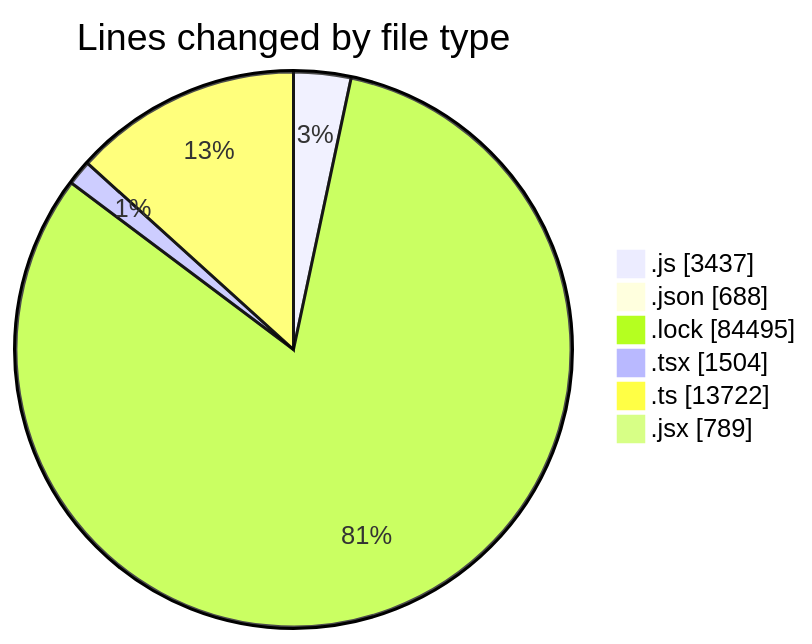
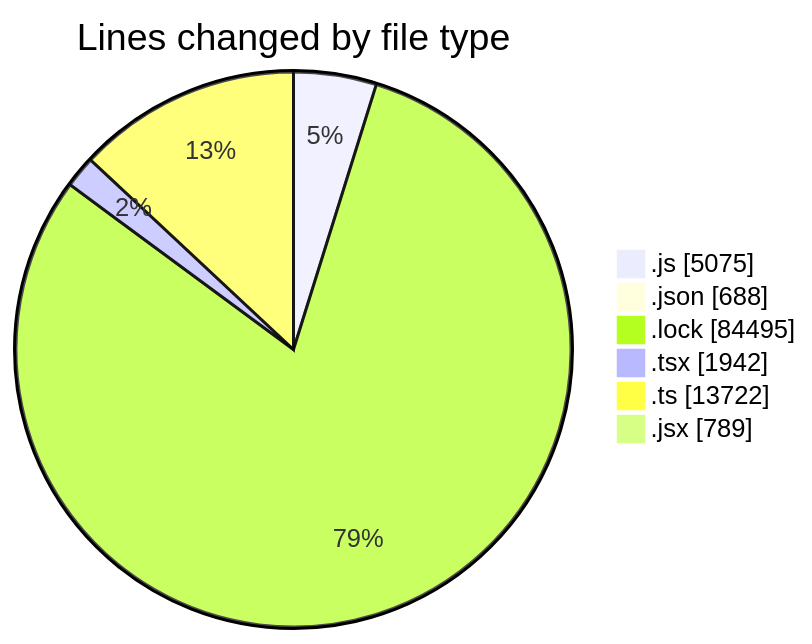
Before and after one commit to momahboobian/code-tracking: the first of 2 diagrams in 2025-12-18/cda/README.md, drawn with Mermaid. The commit also changed other lines of this file and 1 other file, not shown here.

````diff
--- a/2025-12-18/cda/README.md
+++ b/2025-12-18/cda/README.md
@@ -80,10 +86,10 @@
 ```mermaid
 pie showData
 title Lines changed by file type
-".js" : 3437
+".js" : 5075
 ".json" : 688
 ".lock" : 84495
-".tsx" : 1504
+".tsx" : 1942
 ".ts" : 13722
 ".jsx" : 789
 ```
````
